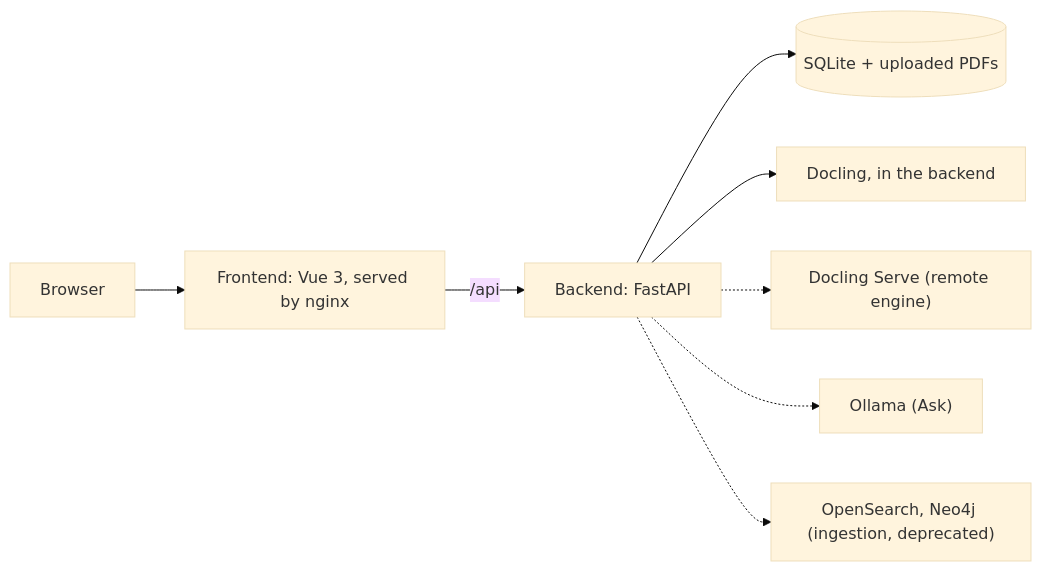
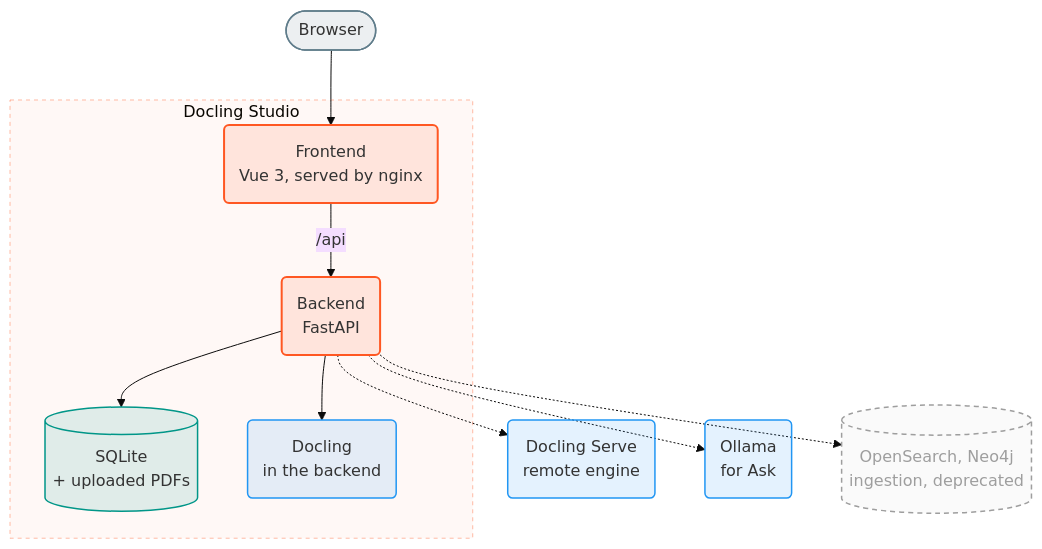
Before and after one commit to scub-france/SmolDocling-visualizer: the first of 3 diagrams in docs/architecture.md, drawn with Mermaid (base theme). The commit also changed other lines of this file and 10 other files, not shown here.

First line of the commit message:
docs: restyle the Mermaid diagrams (#340)

````diff
--- a/docs/architecture.md
+++ b/docs/architecture.md
@@ -5,10 +5,24 @@
 ```mermaid
-flowchart LR
-    Browser --> Front["Frontend: Vue 3, served by nginx"]
-    Front -->|/api| Back["Backend: FastAPI"]
-    Back --> DB[("SQLite + uploaded PDFs")]
-    Back --> Docling["Docling, in the backend"]
-    Back -.-> Serve["Docling Serve (remote engine)"]
-    Back -.-> Ollama["Ollama (Ask)"]
-    Back -.-> Stores["OpenSearch, Neo4j (ingestion, deprecated)"]
+flowchart TB
+    subgraph Studio ["Docling Studio"]
+        Front("Frontend<br/>Vue 3, served by nginx") -->|/api| Back("Backend<br/>FastAPI")
+        Back --> DB[("SQLite<br/>+ uploaded PDFs")]
+        Back --> Docling("Docling<br/>in the backend")
+    end
+    Browser(["Browser"]) --> Front
+    Back -.-> Serve("Docling Serve<br/>remote engine")
+    Back -.-> Ollama("Ollama<br/>for Ask")
+    Back -.-> Stores[("OpenSearch, Neo4j<br/>ingestion, deprecated")]
+
+    classDef grey fill:#607D8B1F,stroke:#607D8B,stroke-width:1.5px
+    classDef orange fill:#FF57221F,stroke:#FF5722,stroke-width:2px
+    classDef blue fill:#2196F31F,stroke:#2196F3,stroke-width:1.5px
+    classDef teal fill:#0096881F,stroke:#009688,stroke-width:1.5px
+    classDef deprecated fill:#9E9E9E0D,stroke:#9E9E9E,stroke-width:1.5px,stroke-dasharray:5 4,color:#9E9E9E
+    class Browser grey
+    class Front,Back orange
+    class Docling,Serve,Ollama blue
+    class DB teal
+    class Stores deprecated
+    style Studio fill:#FF57220A,stroke:#FF572266,stroke-width:1px,stroke-dasharray:4 4
 ```
````
